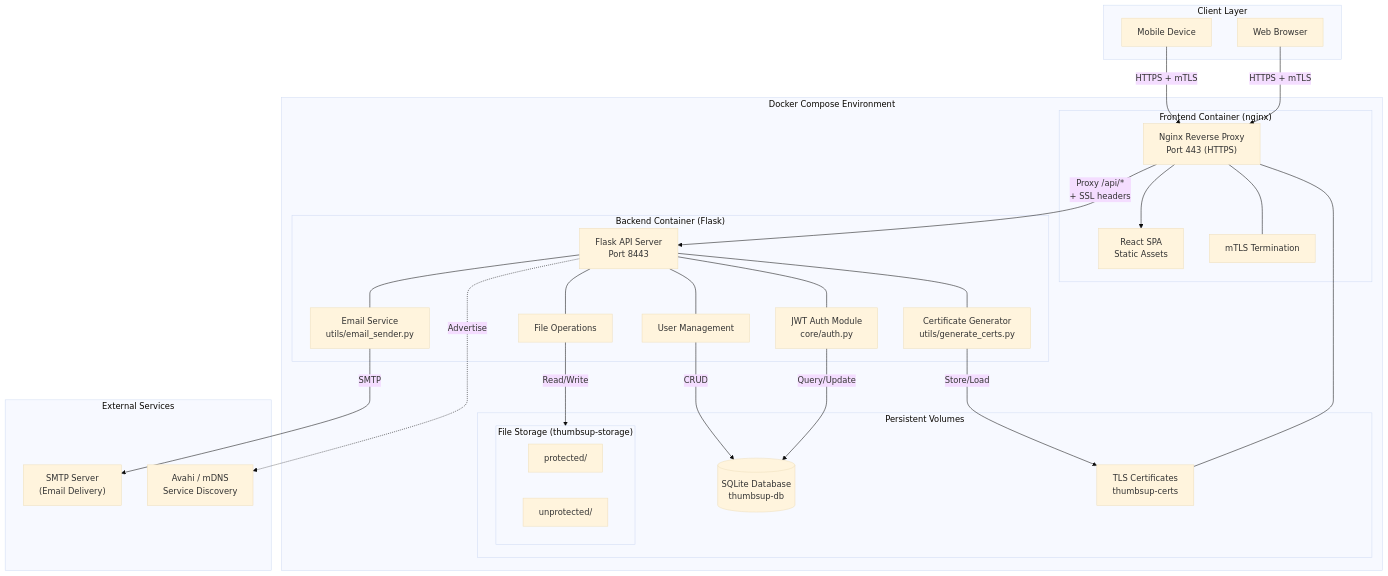
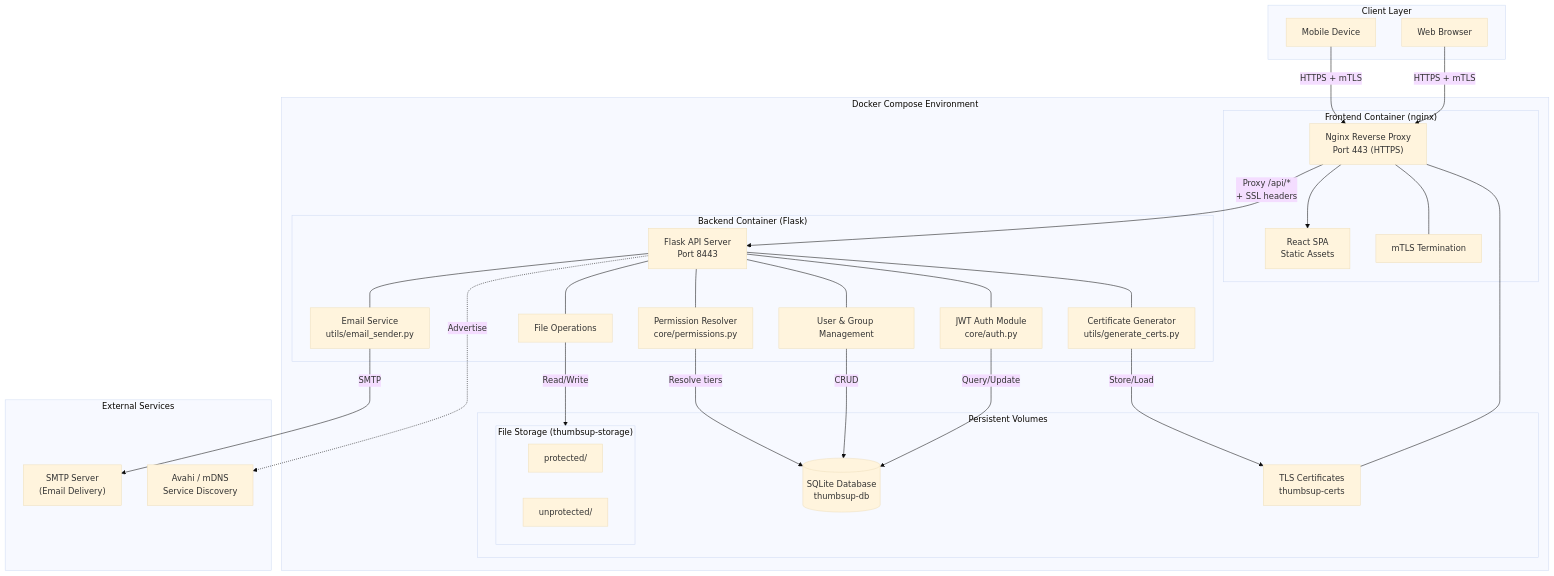
The first of 8 diagrams in docs/diagrams.md (andreas-04/thumbs-up), drawn with Mermaid (base theme) before and after one commit. The commit also changed other lines of this file, not shown here.

First line of the commit message:
Update diagrams to reflect RBAC refactoring

````diff
--- a/docs/diagrams.md
+++ b/docs/diagrams.md
@@ -11,58 +11,61 @@
 ```mermaid
 graph TB
     subgraph Clients["Client Layer"]
         Browser["Web Browser"]
         Mobile["Mobile Device"]
     end
 
     subgraph Docker["Docker Compose Environment"]
         subgraph FrontendContainer["Frontend Container (nginx)"]
             Nginx["Nginx Reverse Proxy<br/>Port 443 (HTTPS)"]
             SPA["React SPA<br/>Static Assets"]
             mTLS["mTLS Termination"]
         end
 
         subgraph BackendContainer["Backend Container (Flask)"]
             Flask["Flask API Server<br/>Port 8443"]
             Auth["JWT Auth Module<br/>core/auth.py"]
+            PermResolver["Permission Resolver<br/>core/permissions.py"]
             FileOps["File Operations"]
-            UserMgmt["User Management"]
+            UserMgmt["User & Group Management"]
             CertGen["Certificate Generator<br/>utils/generate_certs.py"]
             EmailSvc["Email Service<br/>utils/email_sender.py"]
         end
 
         subgraph Storage["Persistent Volumes"]
             DB[("SQLite Database<br/>thumbsup-db")]
             Certs["TLS Certificates<br/>thumbsup-certs"]
             subgraph FileStore["File Storage (thumbsup-storage)"]
                 Protected["protected/"]
                 Unprotected["unprotected/"]
             end
         end
     end
 
     subgraph External["External Services"]
         SMTP["SMTP Server<br/>(Email Delivery)"]
         mDNS["Avahi / mDNS<br/>Service Discovery"]
     end
 
     Browser -->|"HTTPS + mTLS"| Nginx
     Mobile -->|"HTTPS + mTLS"| Nginx
     Nginx --> SPA
     Nginx -->|"Proxy /api/*<br/>+ SSL headers"| Flask
     Nginx --- mTLS
     Nginx --- Certs
 
     Flask --- Auth
+    Flask --- PermResolver
     Flask --- FileOps
     Flask --- UserMgmt
     Flask --- CertGen
     Flask --- EmailSvc
 
     Auth -->|"Query/Update"| DB
     UserMgmt -->|"CRUD"| DB
+    PermResolver -->|"Resolve tiers"| DB
     FileOps -->|"Read/Write"| FileStore
     CertGen -->|"Store/Load"| Certs
     EmailSvc -->|"SMTP"| SMTP
     Flask -.->|"Advertise"| mDNS
 ```
````
